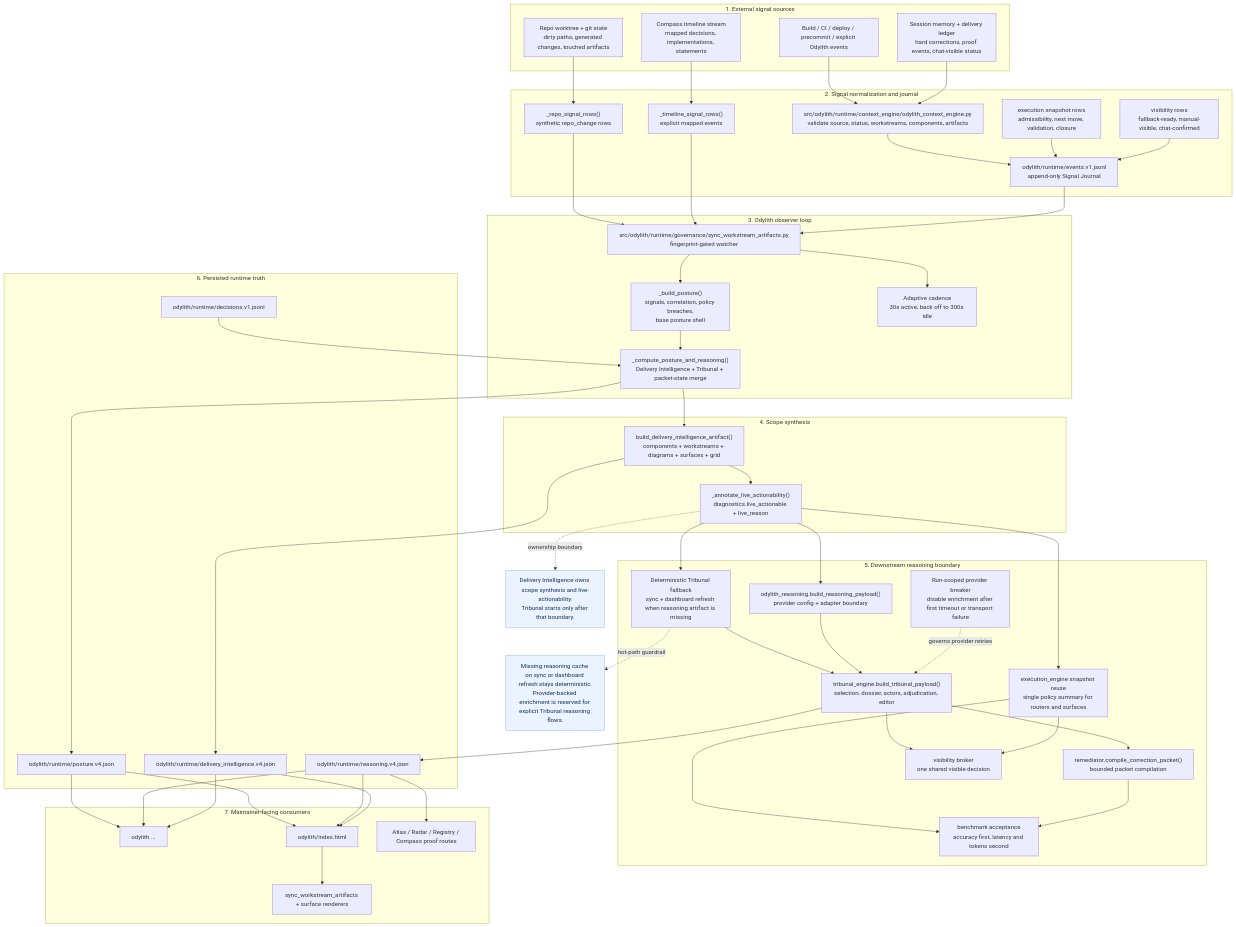
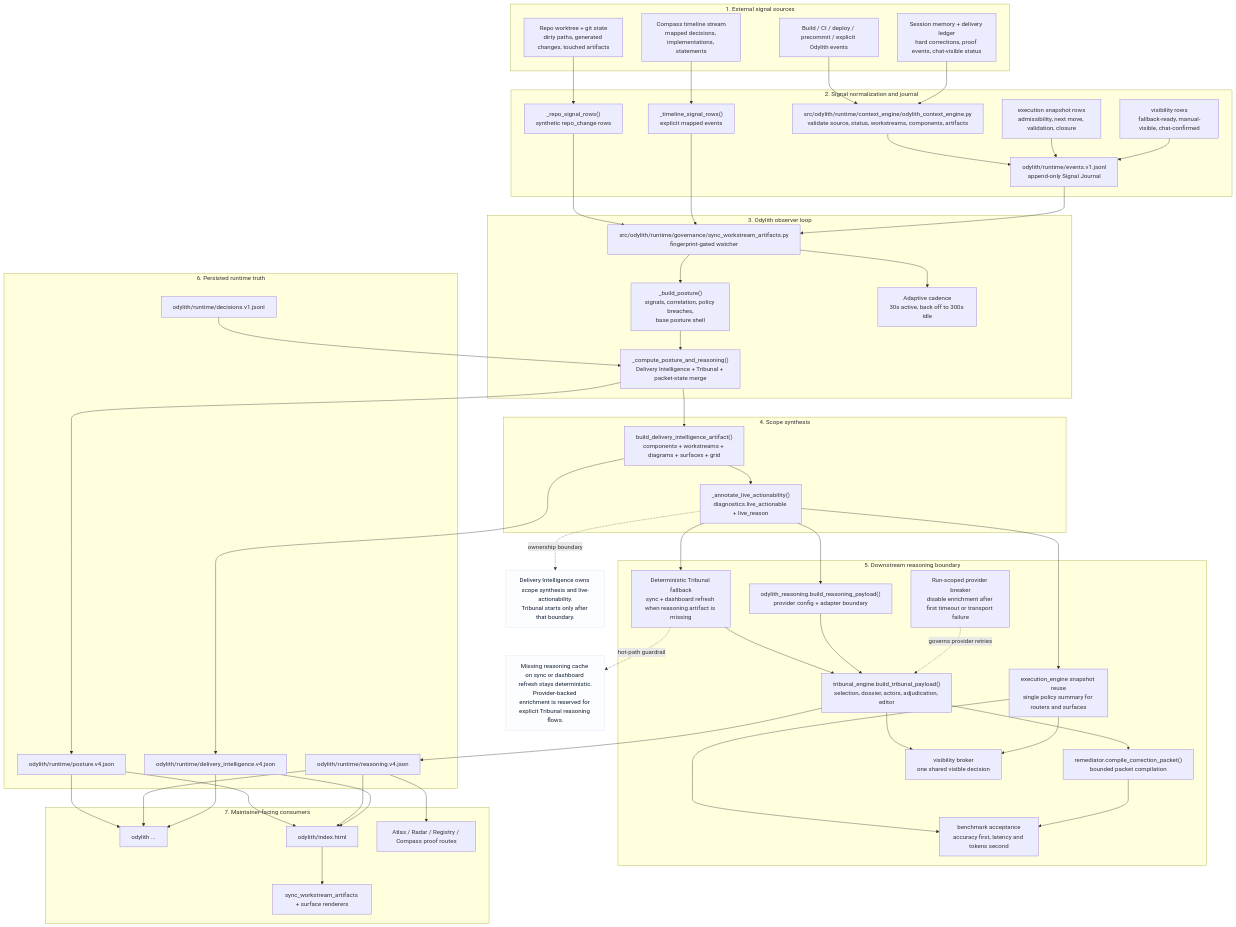
Before and after one commit to odylith/odylith: the diagram in odylith/atlas/source/odylith-delivery-intelligence-signal-journal-and-observer-pipeline.mmd, drawn with Mermaid. The commit also changed 3038 other files, not shown here.

```diff
--- a/odylith/atlas/source/odylith-delivery-intelligence-signal-journal-and-observer-pipeline.mmd
+++ b/odylith/atlas/source/odylith-delivery-intelligence-signal-journal-and-observer-pipeline.mmd
@@ -1,104 +1,104 @@
 %% Reviewed 2026-04-17 for v0.1.11 to keep signal journaling aligned with Context Engine packet digests, Execution Engine snapshots, visibility ledgers, Tribunal/remediator reasoning, and benchmark proof without adding provider work to hot refresh.
 flowchart TB
   subgraph Sources["1. External signal sources"]
     Repo["Repo worktree + git state<br/>dirty paths, generated changes, touched artifacts"]
     Compass["Compass timeline stream<br/>mapped decisions, implementations, statements"]
     Runtime["Build / CI / deploy / precommit / explicit Odylith events"]
     Session["Session memory + delivery ledger<br/>hard corrections, proof events, chat-visible status"]
   end
 
   subgraph Journal["2. Signal normalization and journal"]
     RepoRows["_repo_signal_rows()<br/>synthetic repo_change rows"]
     TimelineRows["_timeline_signal_rows()<br/>explicit mapped events"]
     Logger["src/odylith/runtime/context_engine/odylith_context_engine.py<br/>validate source, status, workstreams, components, artifacts"]
     ExecutionRows["execution snapshot rows<br/>admissibility, next move, validation, closure"]
     VisibilityRows["visibility rows<br/>fallback-ready, manual-visible, chat-confirmed"]
     Events["odylith/runtime/events.v1.jsonl<br/>append-only Signal Journal"]
   end
 
   subgraph Observer["3. Odylith observer loop"]
     Watcher["src/odylith/runtime/governance/sync_workstream_artifacts.py<br/>fingerprint-gated watcher"]
     Posture["_build_posture()<br/>signals, correlation, policy breaches,<br/>base posture shell"]
     Cadence["Adaptive cadence<br/>30s active, back off to 300s idle"]
     Merge["_compute_posture_and_reasoning()<br/>Delivery Intelligence + Tribunal + packet-state merge"]
   end
 
   subgraph Delivery["4. Scope synthesis"]
     Artifact["build_delivery_intelligence_artifact()<br/>components + workstreams + diagrams + surfaces + grid"]
     Live["_annotate_live_actionability()<br/>diagnostics.live_actionable + live_reason"]
   end
 
   subgraph Tribunal["5. Downstream reasoning boundary"]
     Fallback["Deterministic Tribunal fallback<br/>sync + dashboard refresh when reasoning artifact is missing"]
     Adapter["odylith_reasoning.build_reasoning_payload()<br/>provider config + adapter boundary"]
     Engine["tribunal_engine.build_tribunal_payload()<br/>selection, dossier, actors, adjudication, editor"]
     Breaker["Run-scoped provider breaker<br/>disable enrichment after first timeout or transport failure"]
     Remediator["remediator.compile_correction_packet()<br/>bounded packet compilation"]
     Execution["execution_engine snapshot reuse<br/>single policy summary for routers and surfaces"]
     Visibility["visibility broker<br/>one shared visible decision"]
     Benchmark["benchmark acceptance<br/>accuracy first, latency and tokens second"]
   end
 
   subgraph RuntimeStore["6. Persisted runtime truth"]
     PostureFile["odylith/runtime/posture.v4.json"]
     ReasoningFile["odylith/runtime/reasoning.v4.json"]
     DeliveryFile["odylith/runtime/delivery_intelligence.v4.json"]
     DecisionLedger["odylith/runtime/decisions.v1.jsonl"]
   end
 
   subgraph Consumers["7. Maintainer-facing consumers"]
     CLI["odylith ..."]
     Dashboard["odylith/index.html"]
     Atlas["Atlas / Radar / Registry / Compass proof routes"]
     Sync["sync_workstream_artifacts + surface renderers"]
   end
 
   Repo --> RepoRows
   Compass --> TimelineRows
   Runtime --> Logger
   Session --> Logger
   Logger --> Events
   ExecutionRows --> Events
   VisibilityRows --> Events
 
   RepoRows --> Watcher
   TimelineRows --> Watcher
   Events --> Watcher
 
   Watcher --> Cadence
   Watcher --> Posture
   Posture --> Merge
   Merge --> Artifact
   Artifact --> Live
   Live --> Fallback
   Live --> Adapter
   Fallback --> Engine
   Adapter --> Engine
   Breaker -. governs provider retries .-> Engine
   Engine --> Remediator
   Live --> Execution
   Engine --> Visibility
   Execution --> Visibility
   Execution --> Benchmark
   Remediator --> Benchmark
 
   Artifact --> DeliveryFile
   Merge --> PostureFile
   Engine --> ReasoningFile
   DecisionLedger --> Merge
 
   PostureFile --> CLI
   ReasoningFile --> CLI
   DeliveryFile --> CLI
   PostureFile --> Dashboard
   ReasoningFile --> Dashboard
   DeliveryFile --> Dashboard
   ReasoningFile --> Atlas
   Dashboard --> Sync
 
   NoteA["Delivery Intelligence owns scope synthesis and live-actionability.<br/>Tribunal starts only after that boundary."]:::note
   NoteB["Missing reasoning cache on sync or dashboard refresh stays deterministic.<br/>Provider-backed enrichment is reserved for explicit Tribunal reasoning flows."]:::note
   Live -. ownership boundary .-> NoteA
   Fallback -. hot-path guardrail .-> NoteB
 
-  classDef note fill:#eaf3ff,stroke:#77a9ef,color:#102f5f;
+  classDef note fill:#FBFDFF,stroke:#D8E5F4,color:#132033;
```
